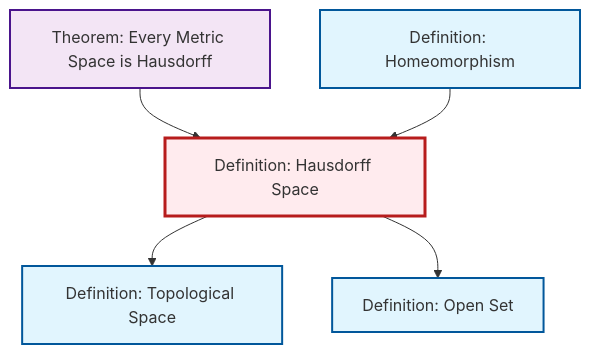
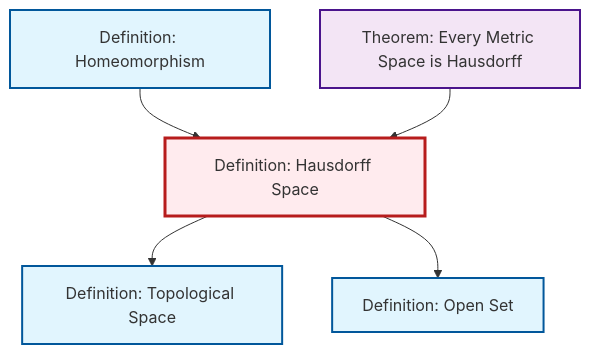
The diagram in content/en/topology/def-hausdorff.qmd (RK0429/ModernMath), drawn with Mermaid before and after one commit. The commit also changed other lines of this file and 531 other files, not shown here.

````diff
--- a/content/en/topology/def-hausdorff.qmd
+++ b/content/en/topology/def-hausdorff.qmd
@@ -53,23 +53,23 @@
 ```{mermaid}
 %%| fig-cap: "Local dependency graph"
 graph TD
     classDef definition fill:#e1f5fe,stroke:#01579b,stroke-width:2px
     classDef theorem fill:#f3e5f5,stroke:#4a148c,stroke-width:2px
     classDef axiom fill:#fff3e0,stroke:#e65100,stroke-width:2px
     classDef example fill:#e8f5e9,stroke:#1b5e20,stroke-width:2px
     classDef current fill:#ffebee,stroke:#b71c1c,stroke-width:3px
+    thm-metric-hausdorff["Theorem: Every Metric Space is Hausdorff"]:::theorem
+    def-homeomorphism["Definition: Homeomorphism"]:::definition
+    def-topological-space["Definition: Topological Space"]:::definition
     def-hausdorff["Definition: Hausdorff Space"]:::definition
-    def-homeomorphism["Definition: Homeomorphism"]:::definition
-    thm-metric-hausdorff["Theorem: Every Metric Space is Hausdorff"]:::theorem
-    def-topological-space["Definition: Topological Space"]:::definition
     def-open-set["Definition: Open Set"]:::definition
+    def-hausdorff --> def-topological-space
+    def-homeomorphism --> def-hausdorff
     thm-metric-hausdorff --> def-hausdorff
-    def-homeomorphism --> def-hausdorff
-    def-hausdorff --> def-topological-space
     def-hausdorff --> def-open-set
     class def-hausdorff current
+    click thm-metric-hausdorff "thm-metric-hausdorff.html" "Go to Every Metric Space is Hausdorff theorem"
     click def-homeomorphism "def-homeomorphism.html" "Go to Homeomorphism definition"
-    click thm-metric-hausdorff "thm-metric-hausdorff.html" "Go to Every Metric Space is Hausdorff theorem"
     click def-topological-space "def-topological-space.html" "Go to Topological Space definition"
     click def-open-set "def-open-set.html" "Go to Open Set definition"
 ```
````
